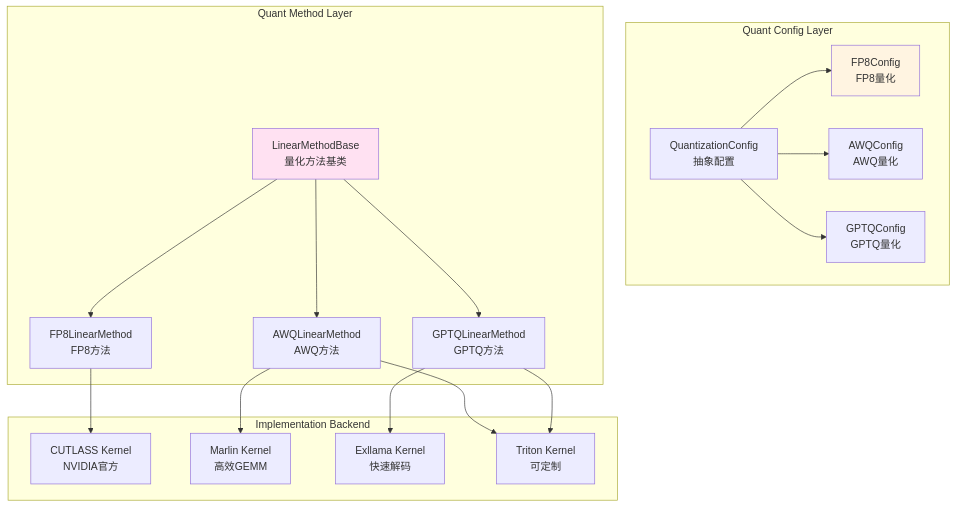
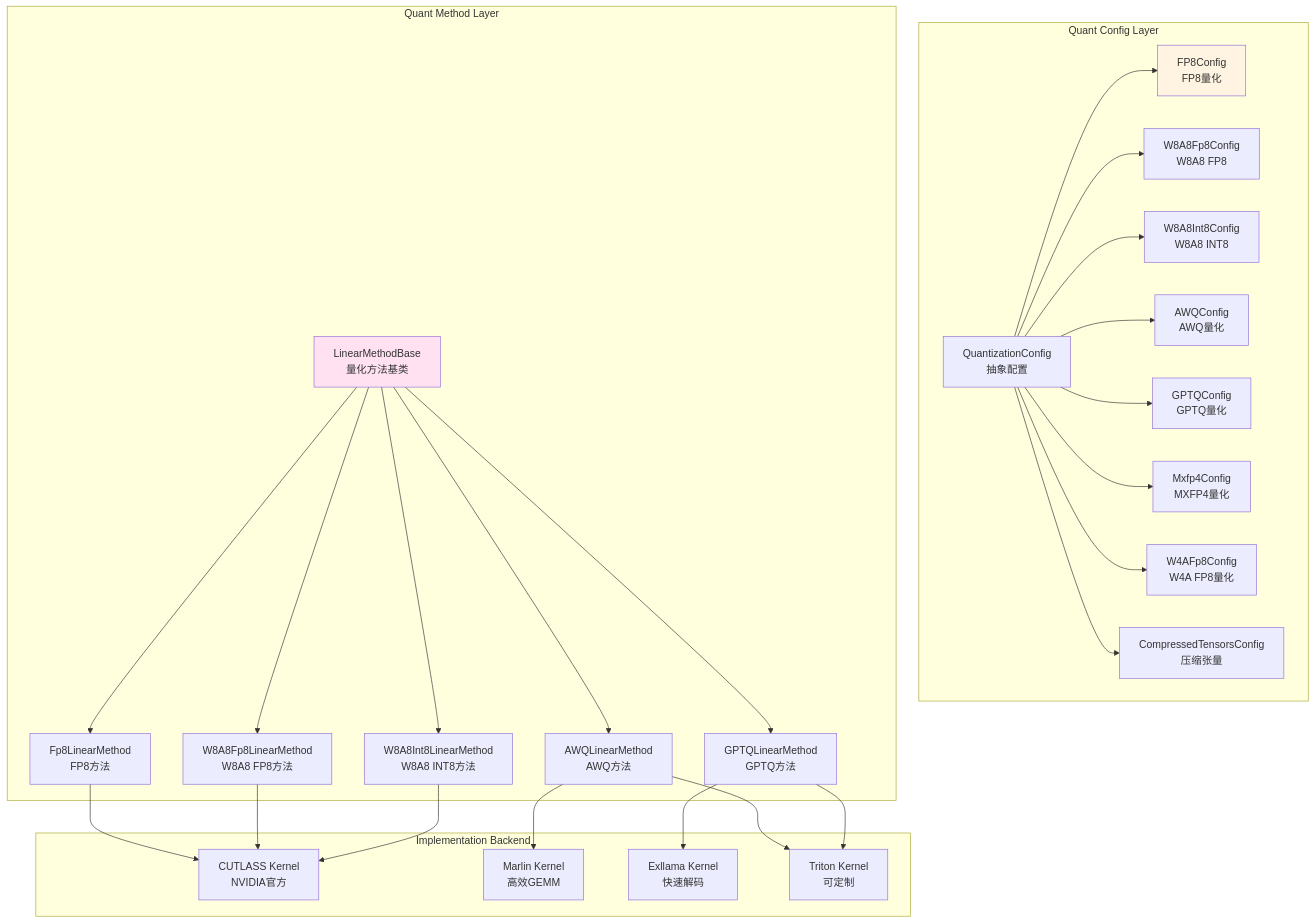
One commit to caitengwei/sglang changed the ninth of 14 diagrams in docs/analysis/arch.md. Above: the diagram before and after it, drawn with Mermaid. The commit also changed other lines of this file, not shown here.

````diff
--- a/docs/analysis/arch.md
+++ b/docs/analysis/arch.md
@@ -779,40 +814,56 @@
 ```mermaid
 graph TB
     subgraph "Quant Config Layer"
         QConfig["QuantizationConfig<br/>抽象配置"]
         FP8Config["FP8Config<br/>FP8量化"]
+        W8A8Fp8Config["W8A8Fp8Config<br/>W8A8 FP8"]
+        W8A8Int8Config["W8A8Int8Config<br/>W8A8 INT8"]
         AWQConfig["AWQConfig<br/>AWQ量化"]
         GPTQConfig["GPTQConfig<br/>GPTQ量化"]
+        Mxfp4Config["Mxfp4Config<br/>MXFP4量化"]
+        W4AFp8Config["W4AFp8Config<br/>W4A FP8量化"]
+        CompressedTensorsConfig["CompressedTensorsConfig<br/>压缩张量"]
     end
 
     subgraph "Quant Method Layer"
         QuantMethod["LinearMethodBase<br/>量化方法基类"]
-        FP8Method["FP8LinearMethod<br/>FP8方法"]
+        FP8Method["Fp8LinearMethod<br/>FP8方法"]
+        W8A8Fp8Method["W8A8Fp8LinearMethod<br/>W8A8 FP8方法"]
+        W8A8Int8Method["W8A8Int8LinearMethod<br/>W8A8 INT8方法"]
         AWQMethod["AWQLinearMethod<br/>AWQ方法"]
         GPTQMethod["GPTQLinearMethod<br/>GPTQ方法"]
     end
 
     subgraph "Implementation Backend"
         CUTLASS["CUTLASS Kernel<br/>NVIDIA官方"]
         Marlin["Marlin Kernel<br/>高效GEMM"]
         Exllama["Exllama Kernel<br/>快速解码"]
         Triton["Triton Kernel<br/>可定制"]
     end
 
     QConfig --> FP8Config
+    QConfig --> W8A8Fp8Config
+    QConfig --> W8A8Int8Config
     QConfig --> AWQConfig
     QConfig --> GPTQConfig
+    QConfig --> Mxfp4Config
+    QConfig --> W4AFp8Config
+    QConfig --> CompressedTensorsConfig
 
     QuantMethod --> FP8Method
+    QuantMethod --> W8A8Fp8Method
+    QuantMethod --> W8A8Int8Method
     QuantMethod --> AWQMethod
     QuantMethod --> GPTQMethod
 
     FP8Method --> CUTLASS
+    W8A8Fp8Method --> CUTLASS
+    W8A8Int8Method --> CUTLASS
     AWQMethod --> Marlin
     GPTQMethod --> Exllama
     AWQMethod --> Triton
     GPTQMethod --> Triton
 
     style QuantMethod fill:#ffe1f2
     style FP8Config fill:#fff4e1
 ```
````
